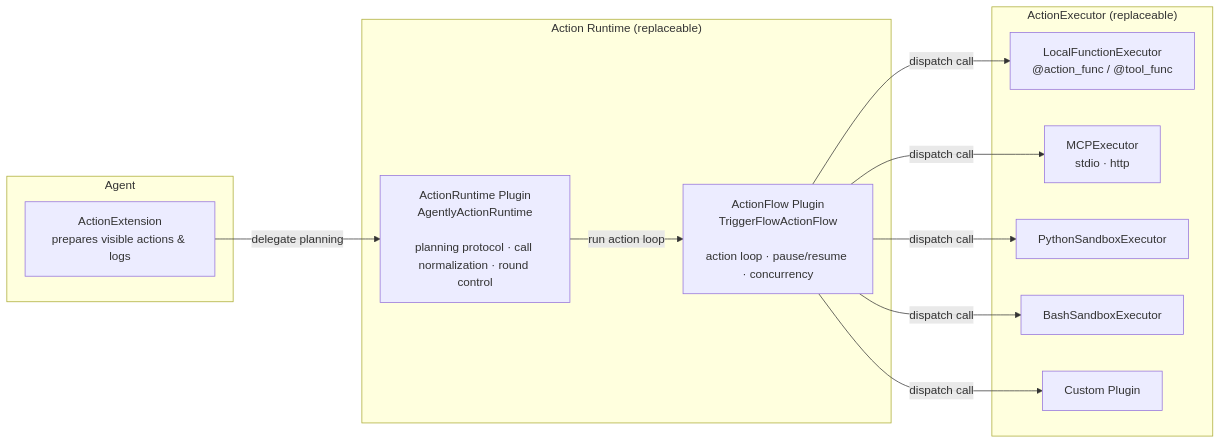
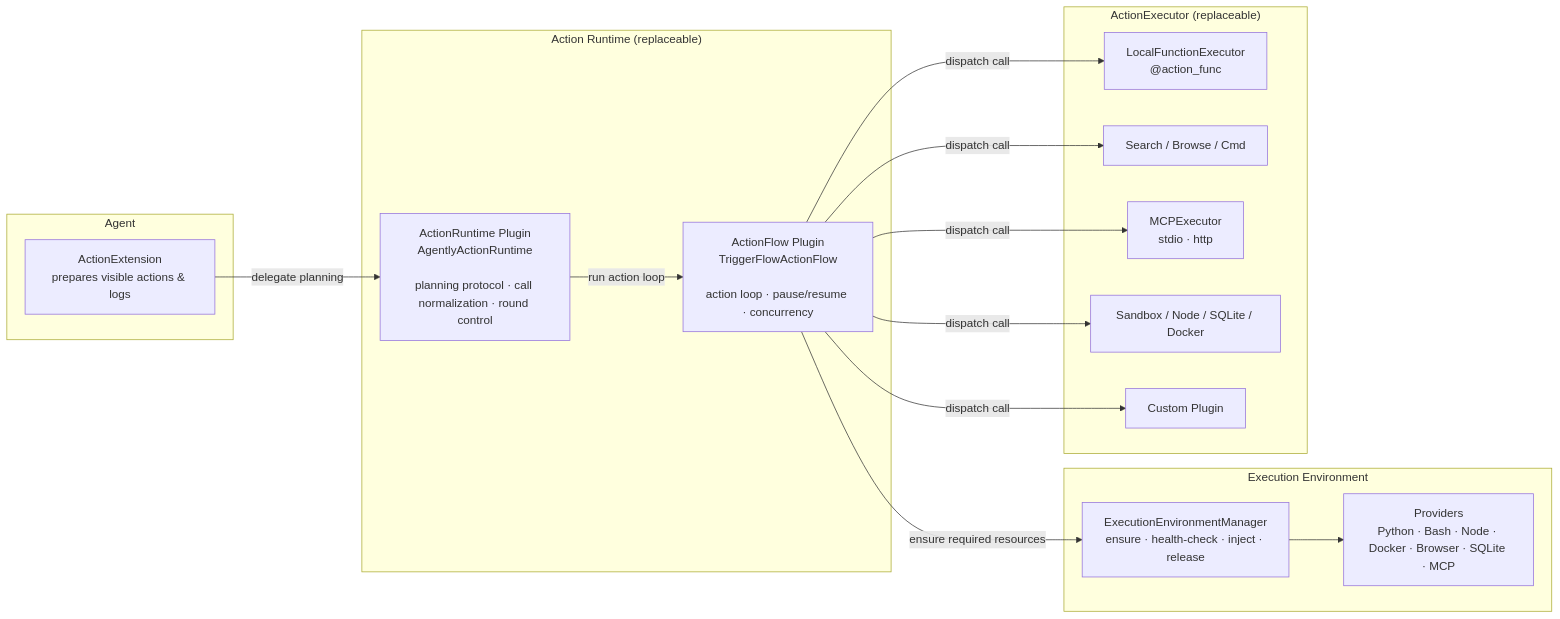
Before and after one commit to bit-cook/Agently: the second of 5 diagrams in README.md, drawn with Mermaid. The commit also changed other lines of this file and 5 other files, not shown here.

````diff
--- a/README.md
+++ b/README.md
@@ -109,27 +115,34 @@
 ```mermaid
 graph LR
     subgraph AGENT2["Agent"]
         AExt["ActionExtension\nprepares visible actions & logs"]
     end
 
     subgraph RUNTIME["Action Runtime (replaceable)"]
         AR["ActionRuntime Plugin\nAgentlyActionRuntime\n\nplanning protocol · call normalization · round control"]
         AF["ActionFlow Plugin\nTriggerFlowActionFlow\n\naction loop · pause/resume · concurrency"]
     end
 
+    subgraph ENV["Execution Environment"]
+        EM["ExecutionEnvironmentManager\nensure · health-check · inject · release"]
+        EP["Providers\nPython · Bash · Node · Docker · Browser · SQLite · MCP"]
+    end
+
     subgraph EXECUTORS["ActionExecutor (replaceable)"]
-        E1["LocalFunctionExecutor\n@action_func / @tool_func"]
-        E2["MCPExecutor\nstdio · http"]
-        E3["PythonSandboxExecutor"]
-        E4["BashSandboxExecutor"]
+        E1["LocalFunctionExecutor\n@action_func"]
+        E2["Search / Browse / Cmd"]
+        E3["MCPExecutor\nstdio · http"]
+        E4["Sandbox / Node / SQLite / Docker"]
         E5["Custom Plugin"]
     end
 
     AExt -->|"delegate planning"| AR
     AR -->|"run action loop"| AF
+    AF -->|"ensure required resources"| EM
+    EM --> EP
     AF -->|"dispatch call"| E1
     AF -->|"dispatch call"| E2
     AF -->|"dispatch call"| E3
     AF -->|"dispatch call"| E4
     AF -->|"dispatch call"| E5
 ```
````
